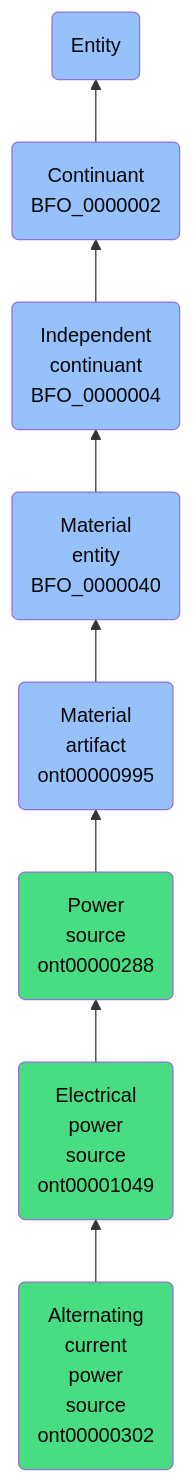
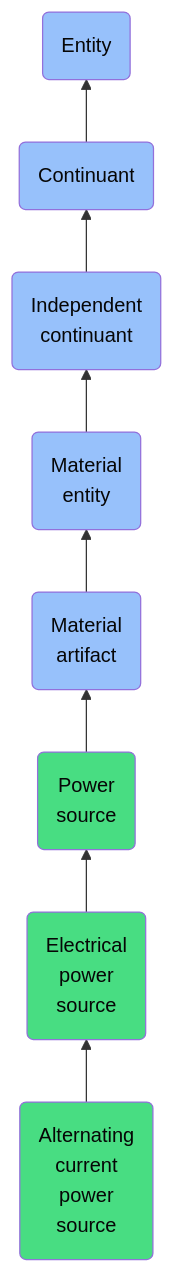
Before and after one commit to jupyter-naas/abi: the diagram in docs/ontology/reference/model/Entity/Continuant/Independent continuant/Material entity/Material artifact/Power source/Electrical power source/Alternating current power source/Alternating current power source.md, drawn with Mermaid. The commit also changed other lines of this file and 1430 other files, not shown here.

````diff
--- a/docs/ontology/reference/model/Entity/Continuant/Independent continuant/Material entity/Material artifact/Power source/Electrical power source/Alternating current power source/Alternating current power source.md
+++ b/docs/ontology/reference/model/Entity/Continuant/Independent continuant/Material entity/Material artifact/Power source/Electrical power source/Alternating current power source/Alternating current power source.md
@@ -24,15 +24,15 @@
 ```mermaid
 graph BT
-    ont00000302(Alternating<br>current<br>power<br>source<br>ont00000302):::ABI-->ont00001049
-    ont00001049(Electrical<br>power<br>source<br>ont00001049):::ABI-->ont00000288
-    ont00000288(Power<br>source<br>ont00000288):::ABI-->ont00000995
-    ont00000995(Material<br>artifact<br>ont00000995):::BFO-->BFO_0000040
-    BFO_0000040(Material<br>entity<br>BFO_0000040):::BFO-->BFO_0000004
-    BFO_0000004(Independent<br>continuant<br>BFO_0000004):::BFO-->BFO_0000002
-    BFO_0000002(Continuant<br>BFO_0000002):::BFO-->BFO_0000001
+    ont00000302(Alternating<br>current<br>power<br>source):::ABI-->ont00001049
+    ont00001049(Electrical<br>power<br>source):::ABI-->ont00000288
+    ont00000288(Power<br>source):::ABI-->ont00000995
+    ont00000995(Material<br>artifact):::BFO-->BFO_0000040
+    BFO_0000040(Material<br>entity):::BFO-->BFO_0000004
+    BFO_0000004(Independent<br>continuant):::BFO-->BFO_0000002
+    BFO_0000002(Continuant):::BFO-->BFO_0000001
     BFO_0000001(Entity):::BFO
     
     classDef BFO fill:#97c1fb,color:#060606
     classDef CCO fill:#e4c51e,color:#060606
     classDef ABI fill:#48DD82,color:#060606
 ```
````
